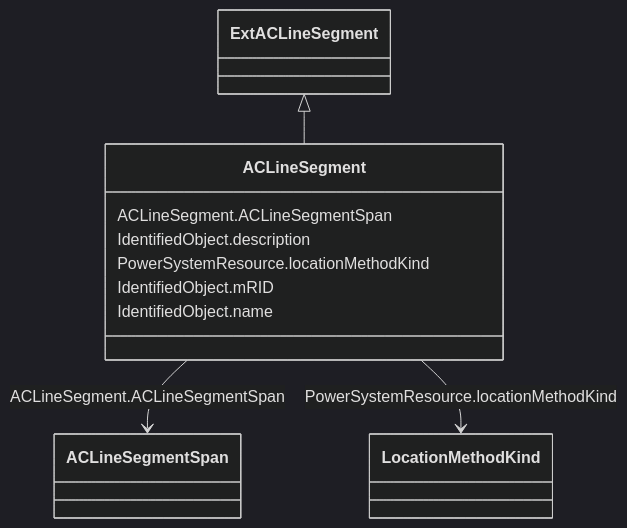
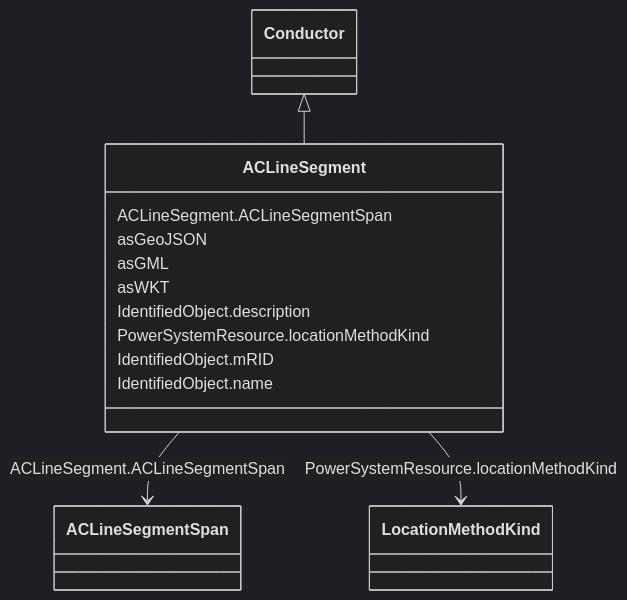
Before and after one commit to 3lbits/NoCIMExtensions: the diagram in docs/AviationObstacle/ACLineSegment.md, drawn with Mermaid (dark theme). The commit also changed other lines of this file and 34 other files, not shown here.

````diff
--- a/docs/AviationObstacle/ACLineSegment.md
+++ b/docs/AviationObstacle/ACLineSegment.md
@@ -16,25 +16,31 @@
 ```mermaid
  classDiagram
     class ACLineSegment
     click ACLineSegment href "../ACLineSegment"
-      ExtACLineSegment <|-- ACLineSegment
-        click ExtACLineSegment href "../ExtACLineSegment"
+      Conductor <|-- ACLineSegment
+        click Conductor href "../Conductor"
       
       ACLineSegment : ACLineSegment.ACLineSegmentSpan
         
           ACLineSegment --> ACLineSegmentSpan : ACLineSegment.ACLineSegmentSpan
           click ACLineSegmentSpan href "../ACLineSegmentSpan"
+        
+      ACLineSegment : asGeoJSON
+        
+      ACLineSegment : asGML
+        
+      ACLineSegment : asWKT
         
       ACLineSegment : IdentifiedObject.description
         
       ACLineSegment : PowerSystemResource.locationMethodKind
         
           ACLineSegment --> LocationMethodKind : PowerSystemResource.locationMethodKind
           click LocationMethodKind href "../LocationMethodKind"
         
       ACLineSegment : IdentifiedObject.mRID
         
       ACLineSegment : IdentifiedObject.name
         
       
 ```
````
